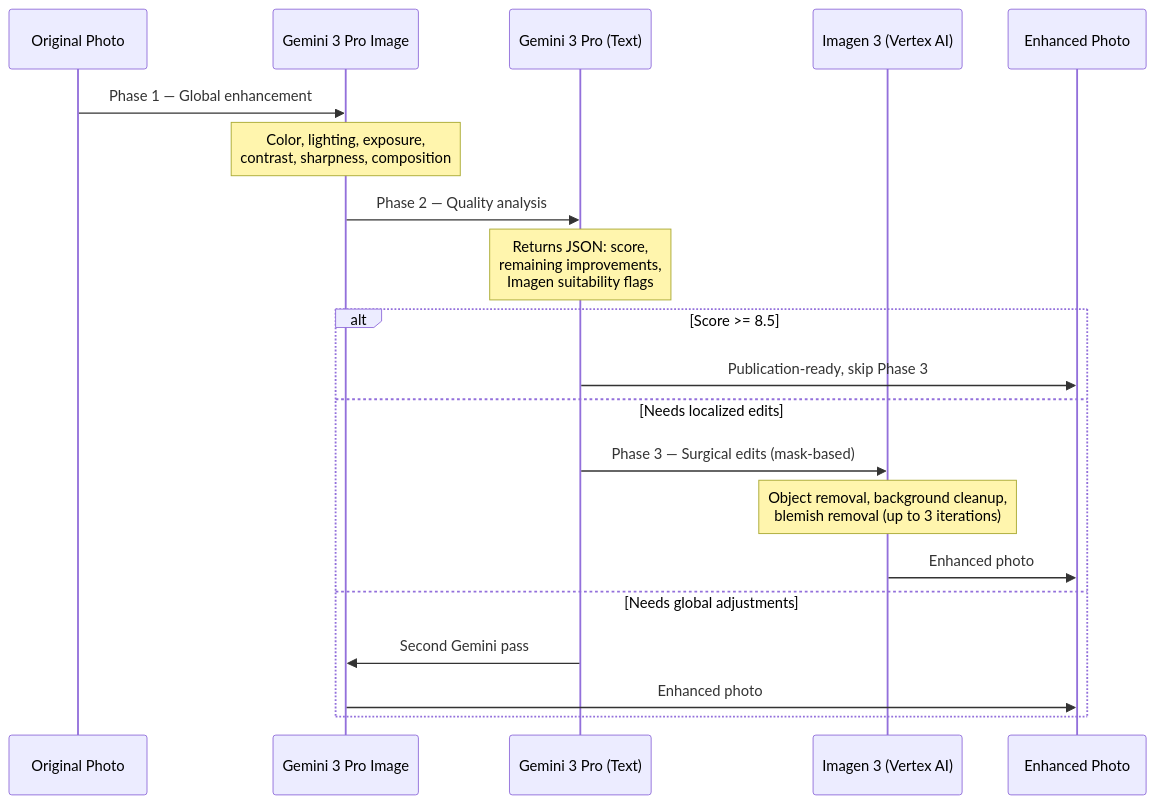
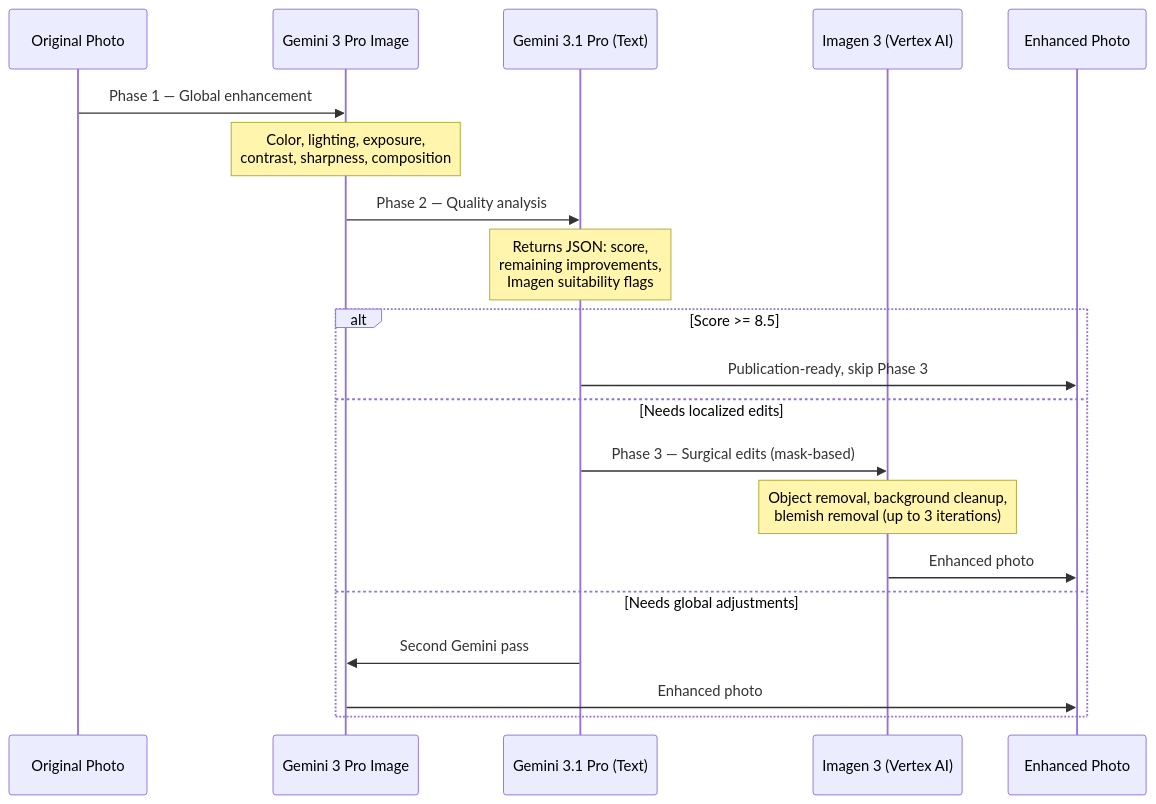
One commit to francis-pang/ai-social-media-helper changed the second of 2 diagrams in docs/image-processing.md. Above: the diagram before and after it, drawn with Mermaid. The commit also changed 19 other files, not shown here.

First line of the commit message:
Upgrade Gemini Pro model from 3.0 to 3.1 (DDR-064)

````diff
--- a/docs/image-processing.md
+++ b/docs/image-processing.md
@@ -60,23 +60,23 @@
 ```mermaid
 sequenceDiagram
     participant Original as Original Photo
     participant Gemini as Gemini 3 Pro Image
-    participant Analysis as Gemini 3 Pro (Text)
+    participant Analysis as Gemini 3.1 Pro (Text)
     participant Imagen as Imagen 3 (Vertex AI)
     participant Enhanced as Enhanced Photo
 
     Original->>Gemini: Phase 1 — Global enhancement
     Note over Gemini: Color, lighting, exposure,<br/>contrast, sharpness, composition
     Gemini->>Analysis: Phase 2 — Quality analysis
     Note over Analysis: Returns JSON: score,<br/>remaining improvements,<br/>Imagen suitability flags
     alt Score >= 8.5
         Analysis->>Enhanced: Publication-ready, skip Phase 3
     else Needs localized edits
         Analysis->>Imagen: Phase 3 — Surgical edits (mask-based)
         Note over Imagen: Object removal, background cleanup,<br/>blemish removal (up to 3 iterations)
         Imagen->>Enhanced: Enhanced photo
     else Needs global adjustments
         Analysis->>Gemini: Second Gemini pass
         Gemini->>Enhanced: Enhanced photo
     end
 ```
````
